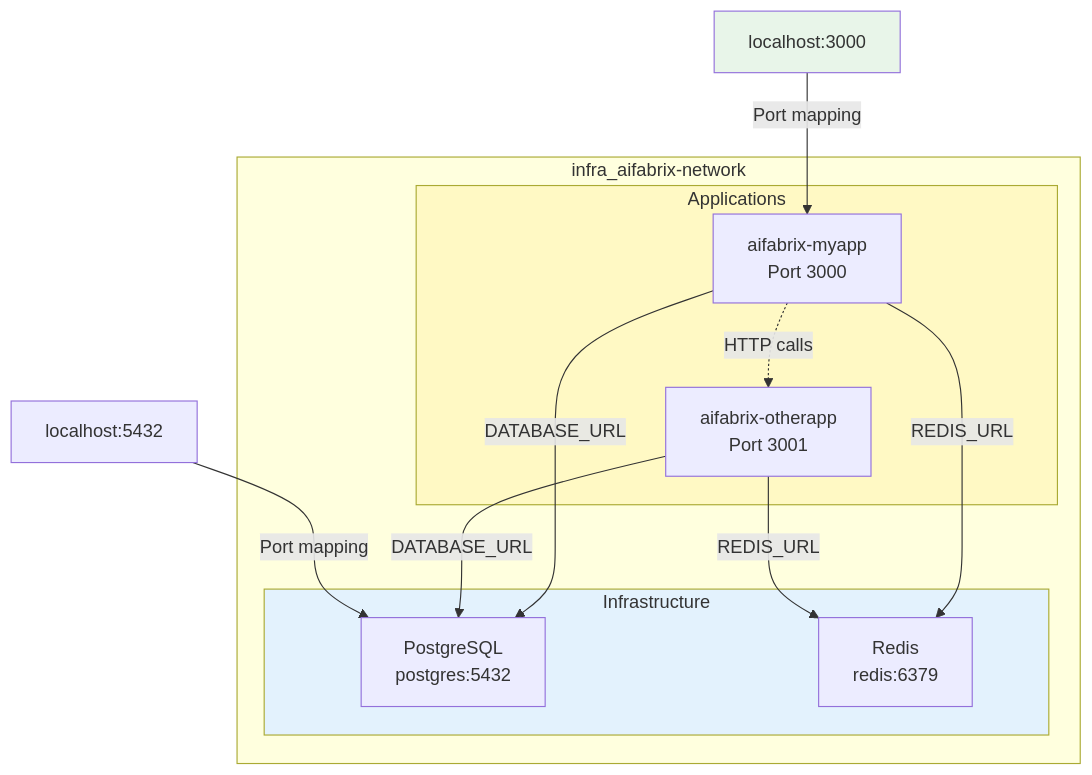
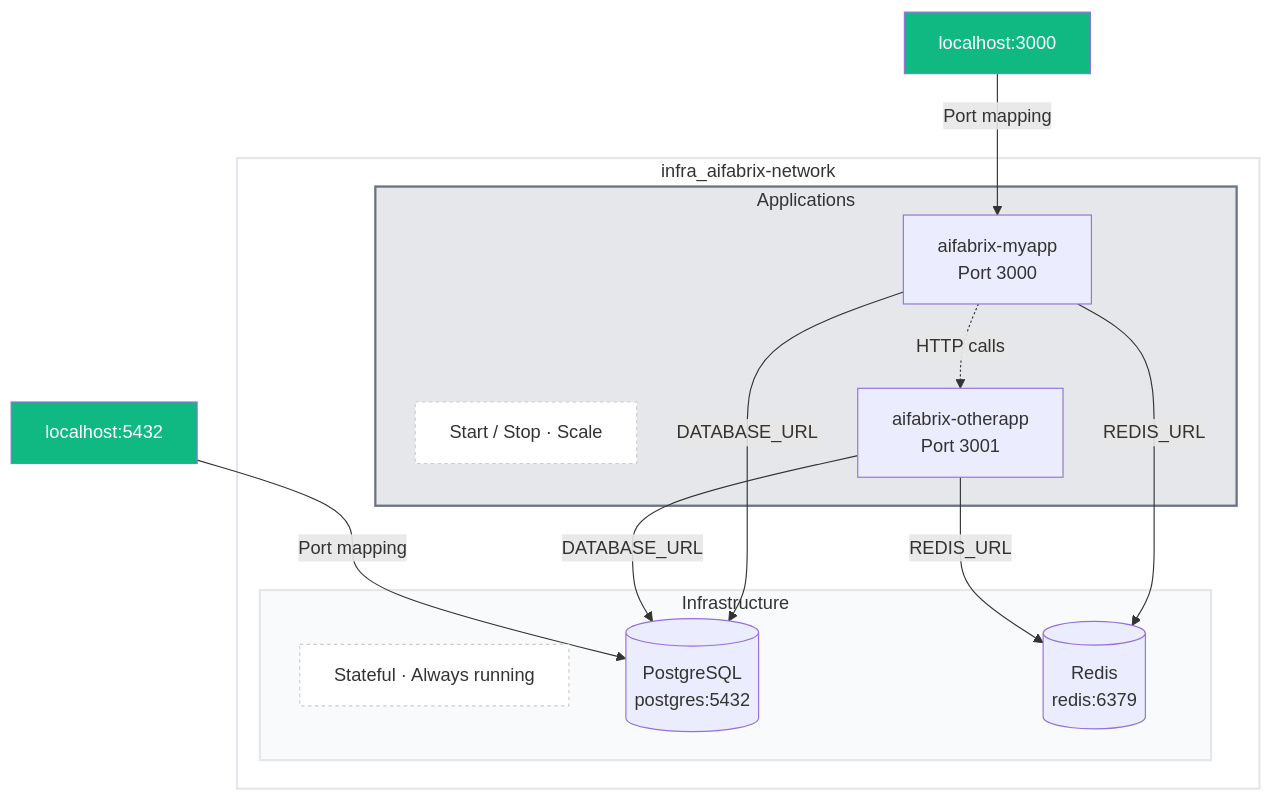
The first of 2 diagrams in docs/RUNNING.md (esystemsdev/aifabrix-builder), drawn with Mermaid before and after one commit. The commit also changed other lines of this file and 9 other files, not shown here.

````diff
--- a/docs/RUNNING.md
+++ b/docs/RUNNING.md
@@ -22,27 +22,35 @@
 ```mermaid
 graph TB
-    subgraph DockerNetwork[infra_aifabrix-network]
-        subgraph Infrastructure[Infrastructure]
-            Postgres[PostgreSQL<br/>postgres:5432]
-            Redis[Redis<br/>redis:6379]
+    subgraph DockerNetwork["infra_aifabrix-network"]
+        
+        subgraph Infrastructure["Infrastructure"]
+            InfraNote["Stateful · Always running"]
+            Postgres[(PostgreSQL<br/>postgres:5432)]
+            Redis[(Redis<br/>redis:6379)]
         end
         
-        subgraph Applications[Applications]
+        subgraph Applications["Applications"]
+            AppNote["Start / Stop · Scale"]
             YourApp[aifabrix-myapp<br/>Port 3000]
             OtherApp[aifabrix-otherapp<br/>Port 3001]
         end
         
         YourApp -->|DATABASE_URL| Postgres
         YourApp -->|REDIS_URL| Redis
         OtherApp -->|DATABASE_URL| Postgres
         OtherApp -->|REDIS_URL| Redis
         YourApp -.->|HTTP calls| OtherApp
     end
     
-    Localhost[localhost:3000] -->|Port mapping| YourApp
-    Localhost2[localhost:5432] -->|Port mapping| Postgres
+    LocalhostApp[localhost:3000] -->|Port mapping| YourApp
+    LocalhostDb[localhost:5432] -->|Port mapping| Postgres
     
-    style Infrastructure fill:#e3f2fd
-    style Applications fill:#fff9c4
-    style Localhost fill:#e8f5e9
+    style DockerNetwork fill:#FFFFFF,stroke:#E5E7EB,stroke-width:2px
+    style Infrastructure fill:#F9FAFB,stroke:#E5E7EB,stroke-width:2px
+    style Applications fill:#E5E7EB,stroke:#6B7280,stroke-width:2px
+    style InfraNote fill:#FFFFFF,stroke:#CCCCCC,stroke-dasharray: 3 3
+    style AppNote fill:#FFFFFF,stroke:#CCCCCC,stroke-dasharray: 3 3
+    style LocalhostApp fill:#10B981,color:#FFFFFF
+    style LocalhostDb fill:#10B981,color:#FFFFFF
+
 ```
````
